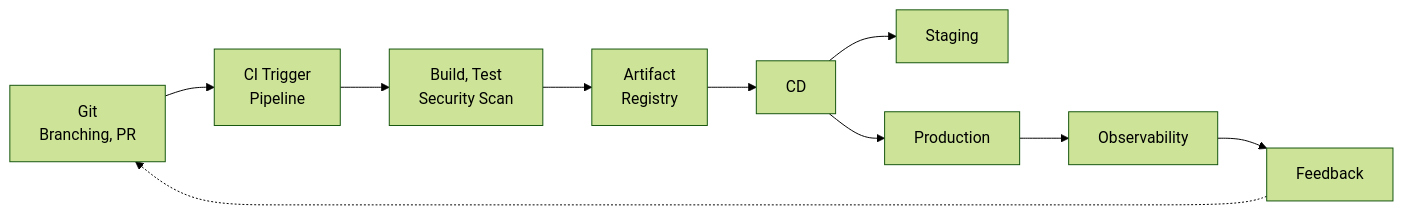
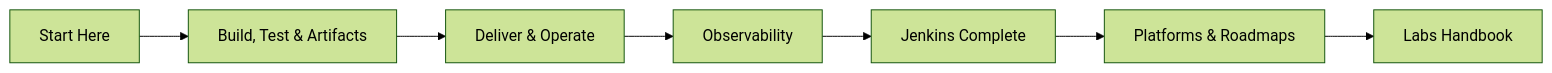
The diagram in README.md (EslamNabawy/cicd-by-nabawy-source), drawn with Mermaid (forest theme) before and after one commit. The commit also changed other lines of this file and 3 other files, not shown here.

Commit message:
docs: rewrite README/STATUS/ROADMAP + website README to v4 reality

````diff
--- a/README.md
+++ b/README.md
@@ -7,12 +24,9 @@
 ```mermaid
 flowchart LR
-    A[Git<br/>Branching, PR] --> B[CI Trigger<br/>Pipeline]
-    B --> C[Build, Test<br/>Security Scan]
-    C --> D[Artifact<br/>Registry]
-    D --> E[CD]
-    E --> F[Staging]
-    E --> G[Production]
-    G --> H[Observability]
-    H --> I[Feedback]
-    I -.-> A
+    A[Start Here] --> B[Build, Test & Artifacts]
+    B --> C[Deliver & Operate]
+    C --> D[Observability]
+    D --> E[Jenkins Complete]
+    E --> F[Platforms & Roadmaps]
+    F --> G[Labs Handbook]
 ```
````
